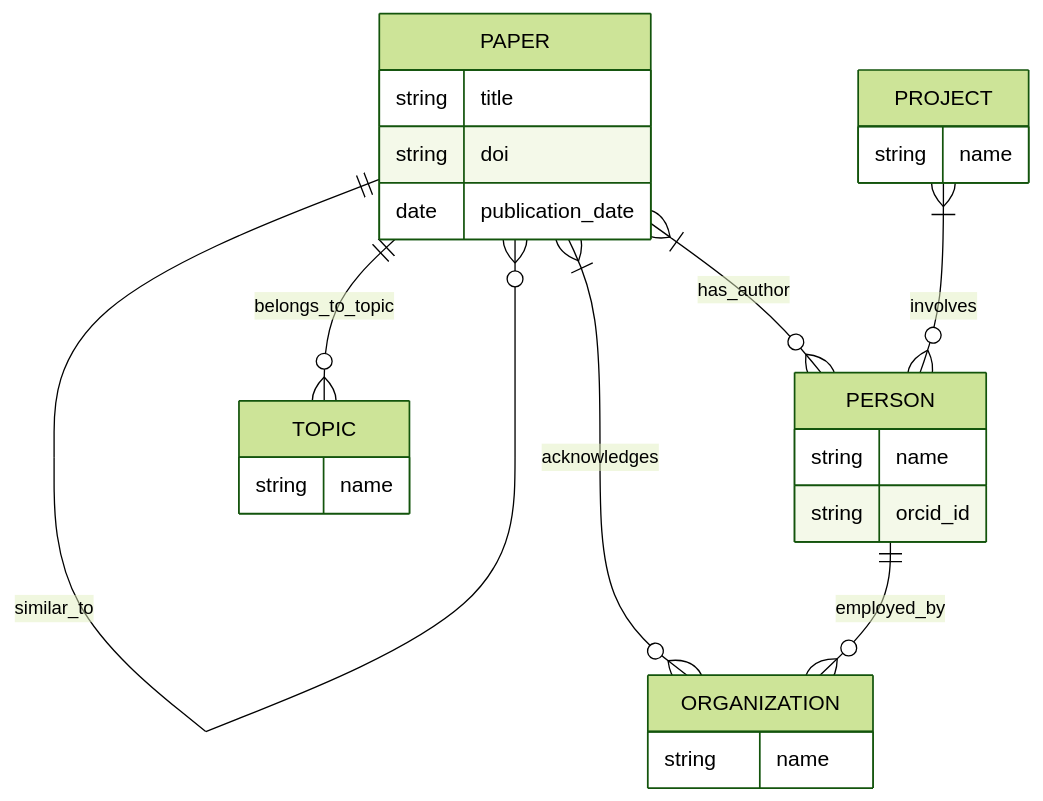
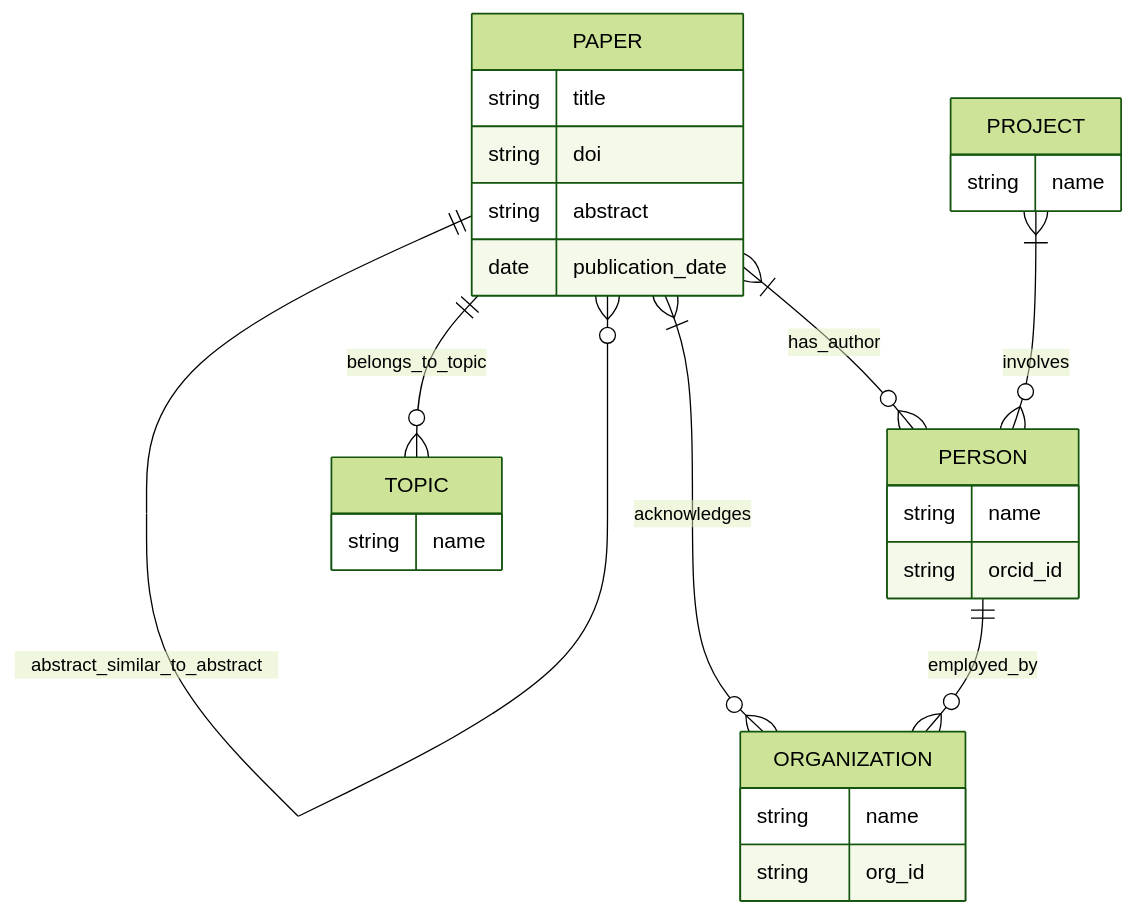
One commit to pcalle23/CienciaAbierta changed the diagram in onlology.md. Above: the diagram before and after it, drawn with Mermaid (forest theme). The commit also changed other lines of this file, not shown here.

First line of the commit message:
Enhance knowledge graph details and relationships

````diff
--- a/onlology.md
+++ b/onlology.md
@@ -22,28 +24,31 @@
 ```mermaid
 erDiagram
 	PAPER {
 		string title
 		string doi
+		string abstract
 		date publication_date
 	}
 	PERSON {
 		string name
 		string orcid_id
 	}
 	ORGANIZATION {
 		string name
+		string org_id
 	}
 	PROJECT {
 		string name
 	}
 	TOPIC {
 		string name
 	}
 	
 	PAPER ||--o{ TOPIC : belongs_to_topic
 	PAPER ||--o{ PAPER : similar_to
+	PAPER ||--o{ PAPER : abstract_similar_to_abstract
 	PAPER }|--o{ PERSON : has_author
 	PAPER }|--o{ ORGANIZATION : acknowledges
 	PERSON ||--o{ ORGANIZATION : employed_by
 	PROJECT }|--o{ PERSON : involves
 ```
````
